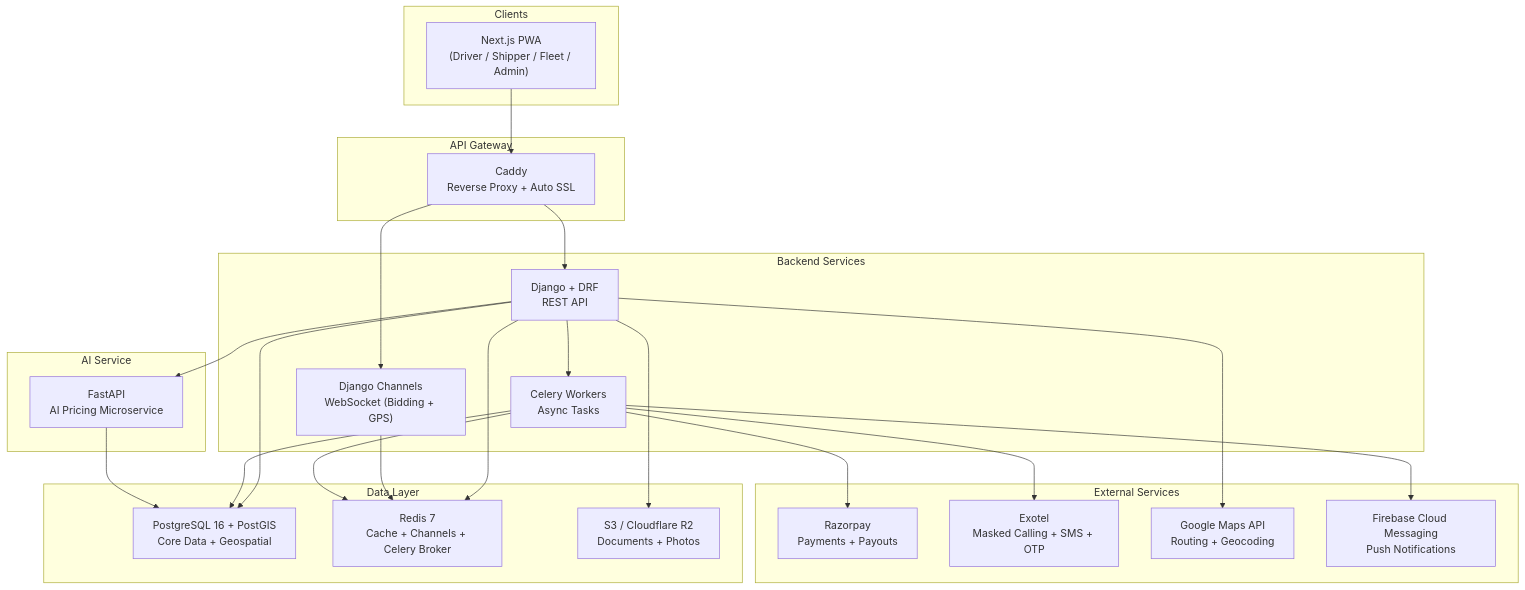
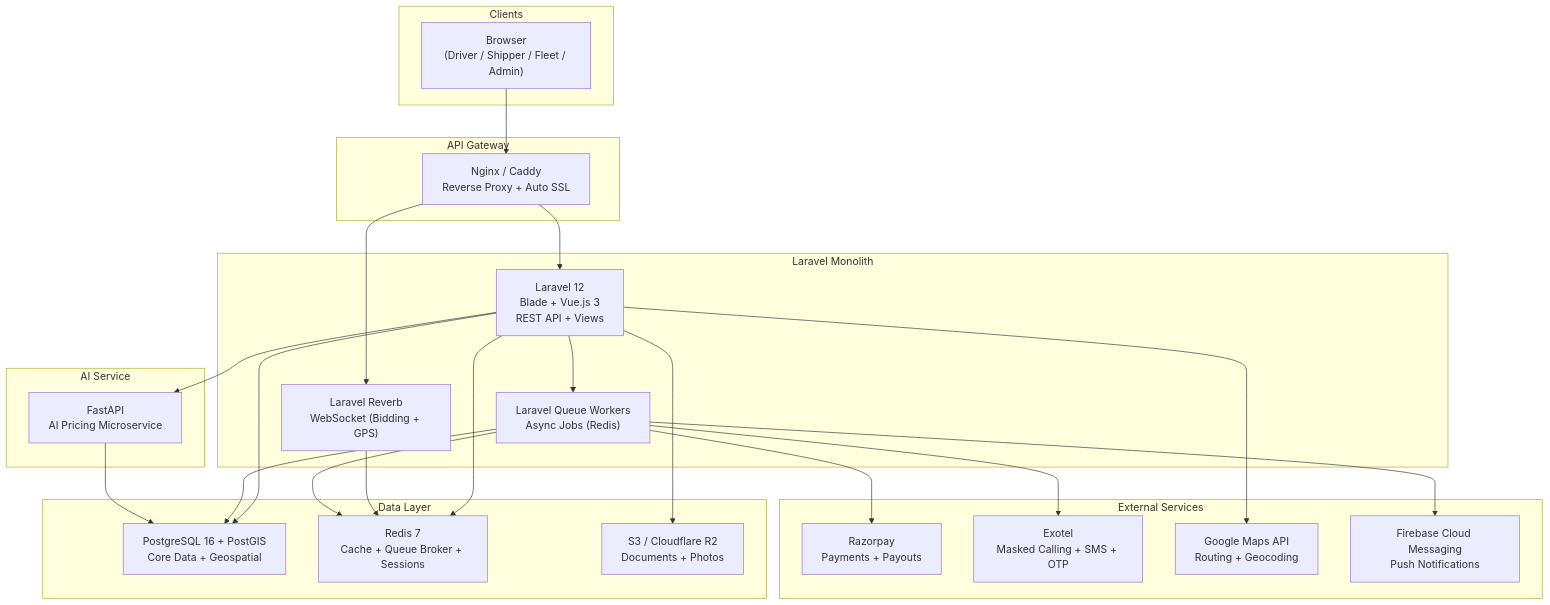
Before and after one commit to roadlancer/RoadLancer: the diagram in tech-stack.md, drawn with Mermaid. The commit also changed other lines of this file and 39 other files, not shown here.

````diff
--- a/tech-stack.md
+++ b/tech-stack.md
@@ -5,50 +5,50 @@
 ```mermaid
 graph TB
     subgraph "Clients"
-        PWA["Next.js PWA<br/>(Driver / Shipper / Fleet / Admin)"]
+        BROWSER["Browser<br/>(Driver / Shipper / Fleet / Admin)"]
     end
 
     subgraph "API Gateway"
-        NGINX["Caddy<br/>Reverse Proxy + Auto SSL"]
+        NGINX["Nginx / Caddy<br/>Reverse Proxy + Auto SSL"]
     end
 
-    subgraph "Backend Services"
-        DRF["Django + DRF<br/>REST API"]
-        CHANNELS["Django Channels<br/>WebSocket (Bidding + GPS)"]
-        CELERY["Celery Workers<br/>Async Tasks"]
+    subgraph "Laravel Monolith"
+        LARAVEL["Laravel 12<br/>Blade + Vue.js 3<br/>REST API + Views"]
+        QUEUE["Laravel Queue Workers<br/>Async Jobs (Redis)"]
+        WS["Laravel Reverb<br/>WebSocket (Bidding + GPS)"]
     end
 
     subgraph "AI Service"
         FASTAPI["FastAPI<br/>AI Pricing Microservice"]
     end
 
     subgraph "Data Layer"
         PG["PostgreSQL 16 + PostGIS<br/>Core Data + Geospatial"]
-        REDIS["Redis 7<br/>Cache + Channels + Celery Broker"]
+        REDIS["Redis 7<br/>Cache + Queue Broker + Sessions"]
         S3["S3 / Cloudflare R2<br/>Documents + Photos"]
     end
 
     subgraph "External Services"
         RAZORPAY["Razorpay<br/>Payments + Payouts"]
         EXOTEL["Exotel<br/>Masked Calling + SMS + OTP"]
         MAPS["Google Maps API<br/>Routing + Geocoding"]
         FCM["Firebase Cloud Messaging<br/>Push Notifications"]
     end
 
-    PWA --> NGINX
-    NGINX --> DRF
-    NGINX --> CHANNELS
-    DRF --> PG
-    DRF --> REDIS
-    DRF --> CELERY
-    DRF --> FASTAPI
-    CHANNELS --> REDIS
-    CELERY --> REDIS
-    CELERY --> PG
-    CELERY --> RAZORPAY
-    CELERY --> EXOTEL
-    CELERY --> FCM
+    BROWSER --> NGINX
+    NGINX --> LARAVEL
+    NGINX --> WS
+    LARAVEL --> PG
+    LARAVEL --> REDIS
+    LARAVEL --> QUEUE
+    LARAVEL --> FASTAPI
+    WS --> REDIS
+    QUEUE --> REDIS
+    QUEUE --> PG
+    QUEUE --> RAZORPAY
+    QUEUE --> EXOTEL
+    QUEUE --> FCM
     FASTAPI --> PG
-    DRF --> S3
-    DRF --> MAPS
+    LARAVEL --> S3
+    LARAVEL --> MAPS
 ```
````
